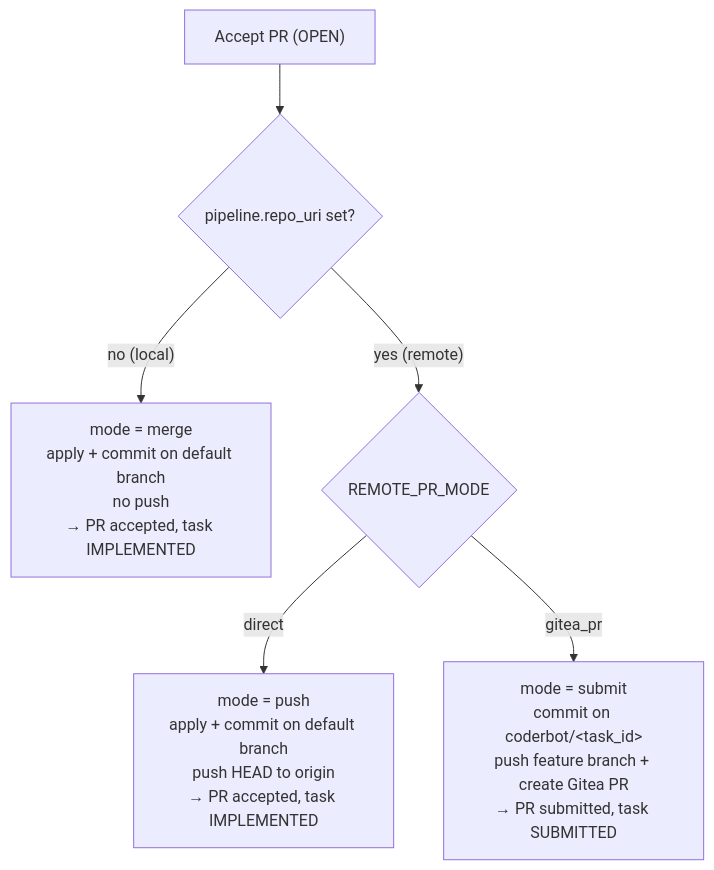
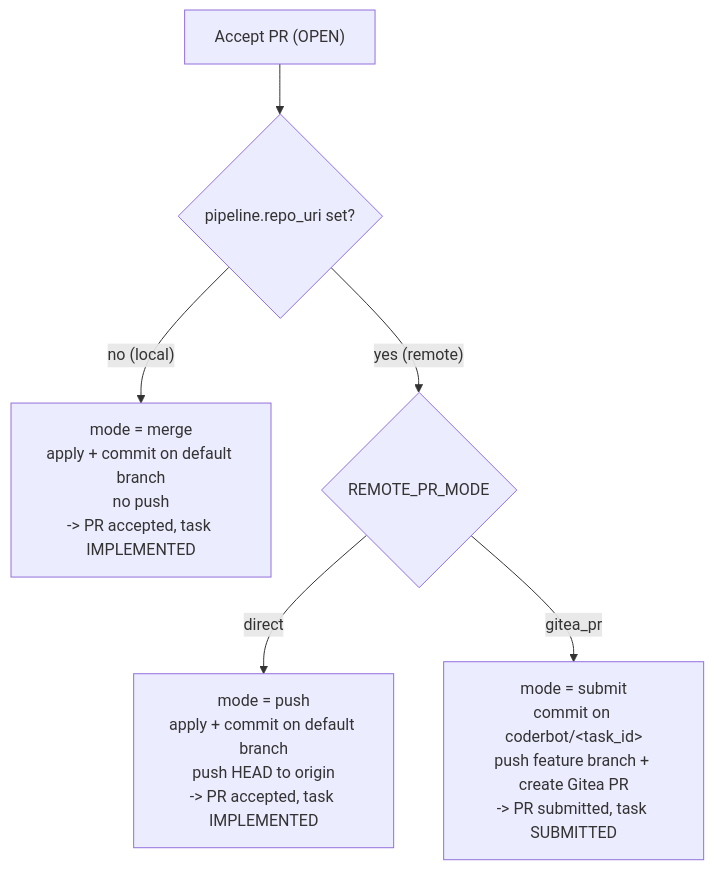
One commit to marcbaechinger/ajapopaja-build changed the first of 3 diagrams in design/git/dd_batch_coderbot_git_process.md. Above: the diagram before and after it, drawn with Mermaid. The commit also changed other lines of this file, not shown here.

Commit message:
Fix meremaid errors

````diff
--- a/design/git/dd_batch_coderbot_git_process.md
+++ b/design/git/dd_batch_coderbot_git_process.md
@@ -94,8 +94,8 @@
 ```mermaid
 flowchart TD
     A["Accept PR (OPEN)"] --> B{pipeline.repo_uri set?}
-    B -->|"no (local)"| M["mode = merge\napply + commit on default branch\nno push\n→ PR accepted, task IMPLEMENTED"]
+    B -->|"no (local)"| M["mode = merge\napply + commit on default branch\nno push\n-> PR accepted, task IMPLEMENTED"]
     B -->|"yes (remote)"| C{REMOTE_PR_MODE}
-    C -->|"direct"| P["mode = push\napply + commit on default branch\npush HEAD to origin\n→ PR accepted, task IMPLEMENTED"]
-    C -->|"gitea_pr"| S["mode = submit\ncommit on coderbot/&lt;task_id&gt;\npush feature branch + create Gitea PR\n→ PR submitted, task SUBMITTED"]
+    C -->|"direct"| P["mode = push\napply + commit on default branch\npush HEAD to origin\n-> PR accepted, task IMPLEMENTED"]
+    C -->|"gitea_pr"| S["mode = submit\ncommit on coderbot/&lt;task_id&gt;\npush feature branch + create Gitea PR\n-> PR submitted, task SUBMITTED"]
 ```
````
